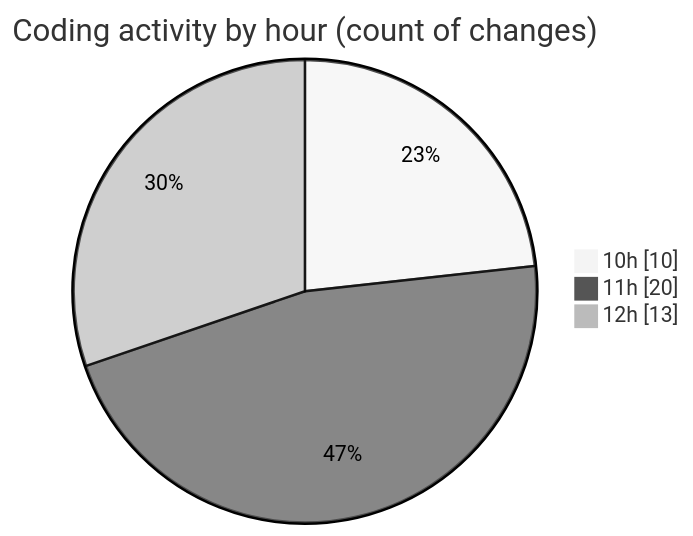
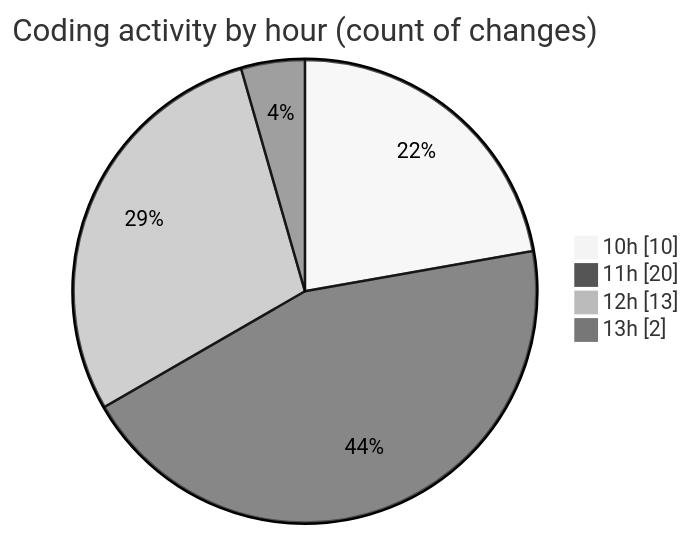
Before and after one commit to BS-eng2023/code-tracking: the second of 2 diagrams in 2025-03-31/jsvms/README.md, drawn with Mermaid (neutral theme). The commit also changed other lines of this file and 1 other file, not shown here.

````diff
--- a/2025-03-31/jsvms/README.md
+++ b/2025-03-31/jsvms/README.md
@@ -44,7 +46,8 @@
 ```mermaid
 pie showData
 title Coding activity by hour (count of changes)
 "10h" : 10
 "11h" : 20
 "12h" : 13
+"13h" : 2
 ```
````
